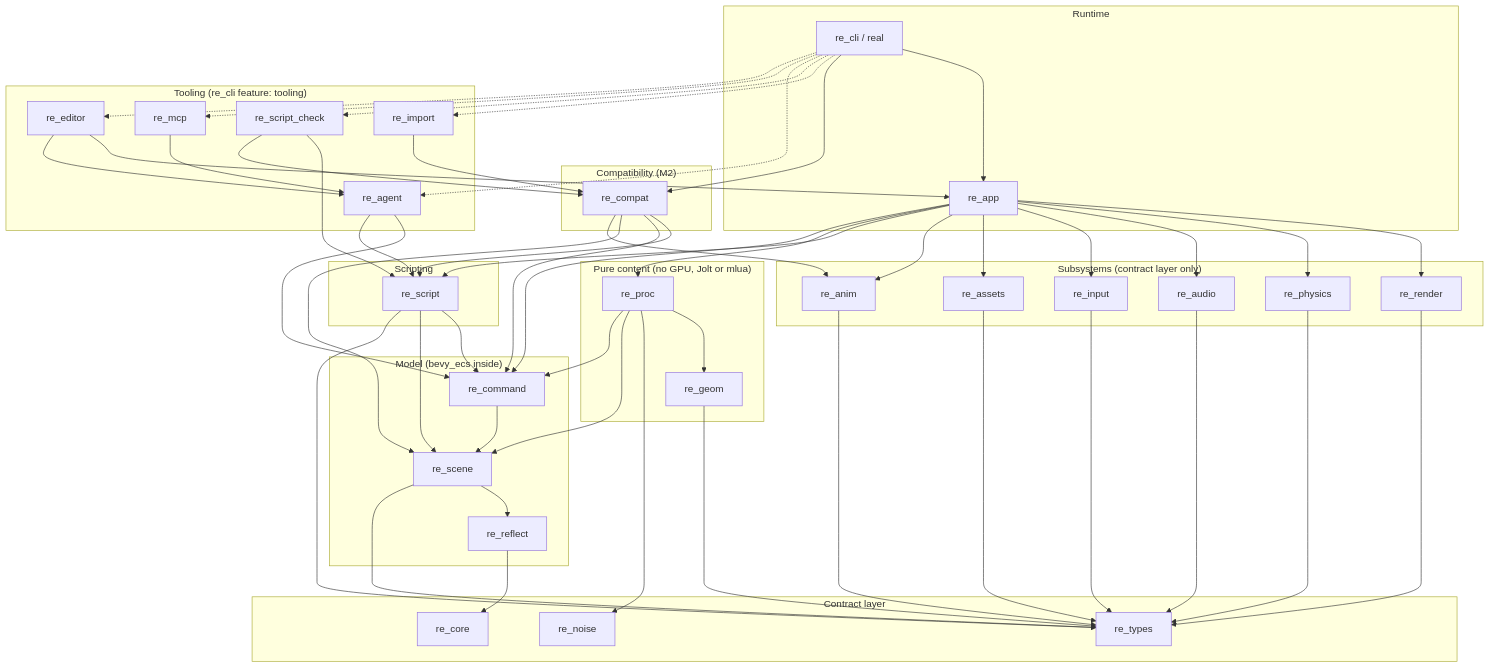
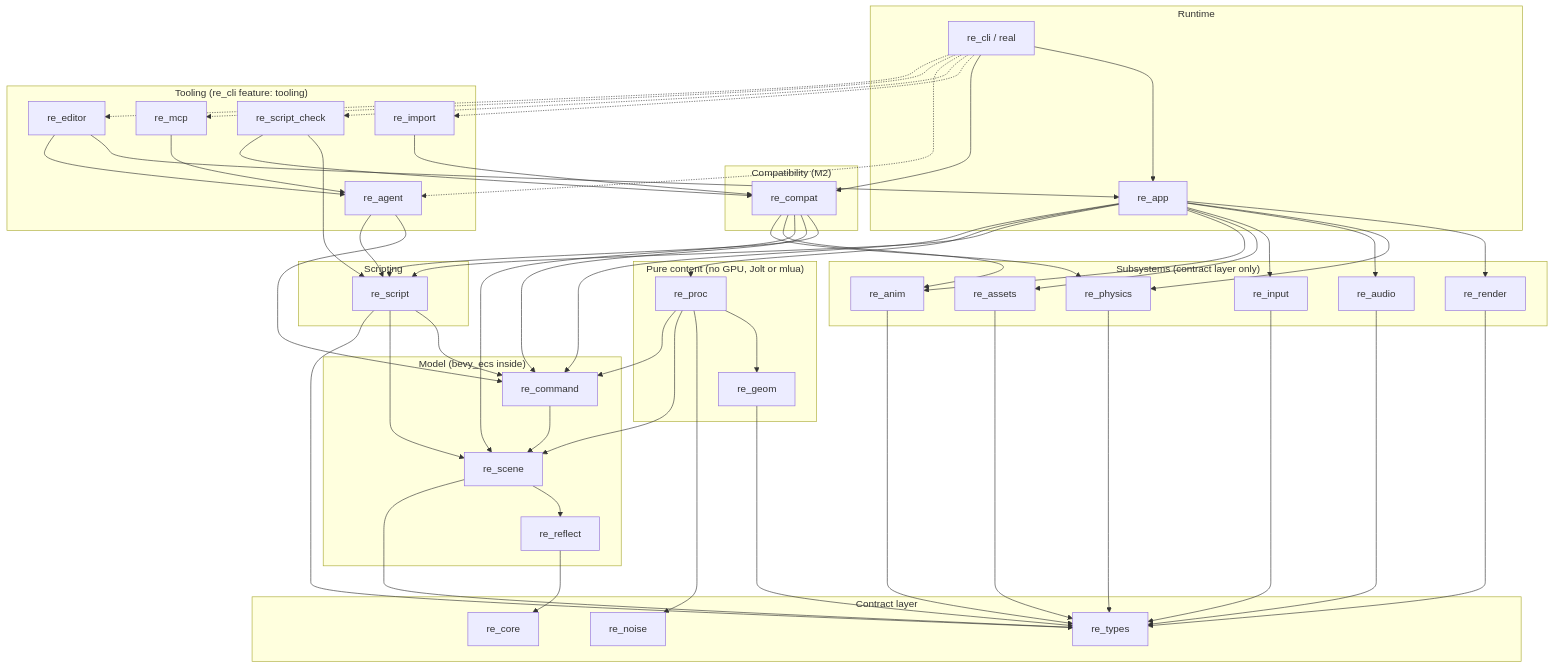
One commit to dullyontop/real-engine changed the diagram in docs/ARCHITECTURE.md. Above: the diagram before and after it, drawn with Mermaid. The commit also changed other lines of this file and 1 other file, not shown here.

First line of the commit message:
Docs: re_compat may use re_physics (WP13); per-WP code blocks in re_compat

````diff
--- a/docs/ARCHITECTURE.md
+++ b/docs/ARCHITECTURE.md
@@ -31,75 +31,76 @@
 ```mermaid
 graph TD
   subgraph "Contract layer"
     core[re_core]
     types[re_types]
     noise[re_noise]
   end
 
   subgraph "Model (bevy_ecs inside)"
     reflect[re_reflect] --> core
     scene[re_scene] --> reflect
     scene --> types
     command[re_command] --> scene
   end
 
   subgraph "Pure content (no GPU, Jolt or mlua)"
     geom[re_geom] --> types
     proc[re_proc] --> geom
     proc --> noise
     proc --> scene
     proc --> command
   end
 
   subgraph "Subsystems (contract layer only)"
     render[re_render] --> types
     physics[re_physics] --> types
     audio[re_audio] --> types
     input[re_input] --> types
     assets[re_assets] --> types
     anim[re_anim] --> types
   end
 
   subgraph Scripting
     script[re_script] --> command
     script --> scene
     script --> types
   end
 
   subgraph Runtime
     app[re_app] --> render
     app --> physics
     app --> audio
     app --> input
     app --> assets
     app --> anim
     app --> script
     app --> proc
     app --> command
     cli[re_cli / real] --> app
   end
 
   subgraph "Compatibility (M2)"
     compat[re_compat] --> script
     compat --> command
     compat --> scene
     compat --> anim
+    compat --> physics
     cli --> compat
   end
 
   subgraph "Tooling (re_cli feature: tooling)"
     check[re_script_check] --> script
     check --> compat
     import[re_import] --> compat
     cli -.-> import
     agent[re_agent] --> command
     agent --> script
     mcp[re_mcp] --> agent
     editor[re_editor] --> app
     editor --> agent
     cli -.-> check
     cli -.-> agent
     cli -.-> mcp
     cli -.-> editor
   end
 ```
````
